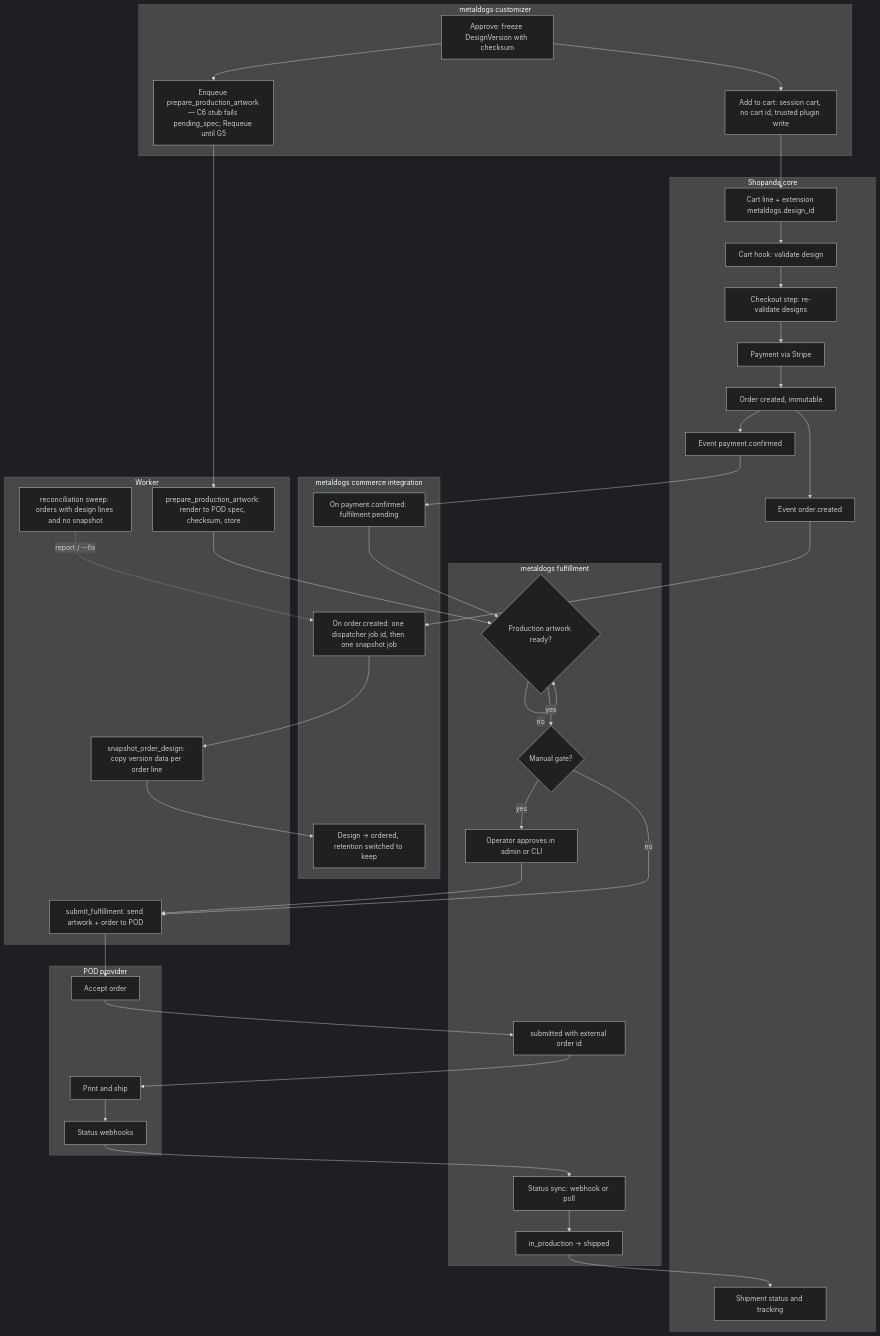
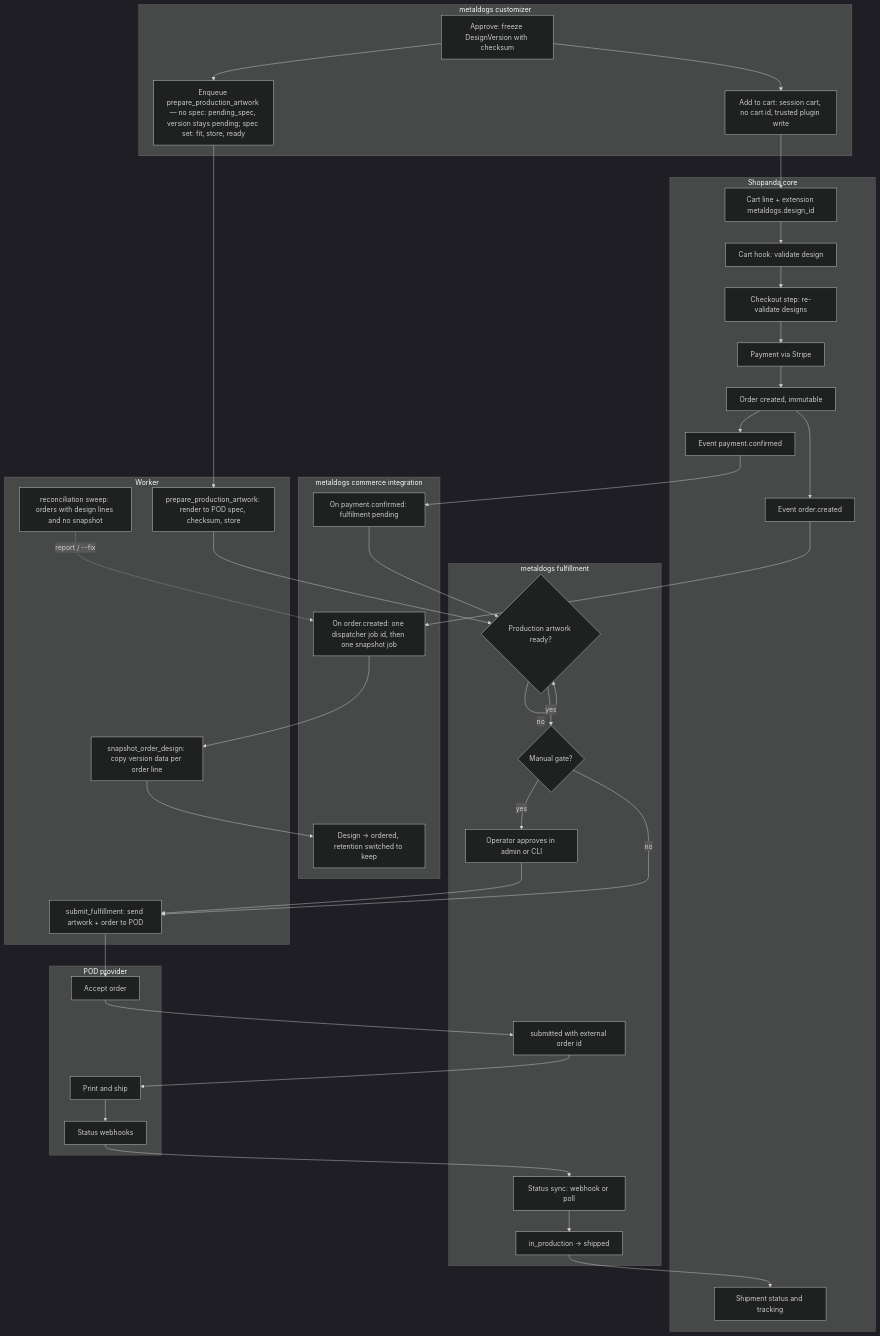
The first of 2 diagrams in docs/architecture/flows/checkout-snapshot-and-fulfillment.md (akarso/metal_dogs), drawn with Mermaid (dark theme) before and after one commit. The commit also changed other lines of this file and 16 other files, not shown here.

````diff
--- a/docs/architecture/flows/checkout-snapshot-and-fulfillment.md
+++ b/docs/architecture/flows/checkout-snapshot-and-fulfillment.md
@@ -9,58 +9,58 @@
 ```mermaid
 flowchart TB
     subgraph customizer[metaldogs customizer]
         a1[Approve: freeze DesignVersion with checksum]
-        a2[Enqueue prepare_production_artwork — C6 stub fails pending_spec; Requeue until G5]
+        a2[Enqueue prepare_production_artwork — no spec: pending_spec, version stays pending; spec set: fit, store, ready]
         a3[Add to cart: session cart, no cart id, trusted plugin write]
     end
 
     subgraph worker[Worker]
         w1[prepare_production_artwork: render to POD spec, checksum, store]
         w2[snapshot_order_design: copy version data per order line]
         w3[submit_fulfillment: send artwork + order to POD]
         w4[reconciliation sweep: orders with design lines and no snapshot]
     end
 
     subgraph shopanda[Shopanda core]
         s1[Cart line + extension metaldogs.design_id]
         s2[Cart hook: validate design]
         s3[Checkout step: re-validate designs]
         s4[Payment via Stripe]
         s5[Order created, immutable]
         s6[Event order.created]
         s7[Event payment.confirmed]
         s8[Shipment status and tracking]
     end
 
     subgraph commerce[metaldogs commerce integration]
         e1[On order.created: one dispatcher job id, then one snapshot job]
         e2[Design → ordered, retention switched to keep]
         e3[On payment.confirmed: fulfilment pending]
     end
 
     subgraph fulfillment[metaldogs fulfillment]
         f1{Production artwork ready?}
         f2{Manual gate?}
         f3[Operator approves in admin or CLI]
         f4[submitted with external order id]
         f5[Status sync: webhook or poll]
         f6[in_production → shipped]
     end
 
     subgraph pod[POD provider]
         p1[Accept order]
         p2[Print and ship]
         p3[Status webhooks]
     end
 
     a1 --> a2 --> w1
     a1 --> a3 --> s1 --> s2 --> s3 --> s4 --> s5 --> s6 --> e1 --> w2 --> e2
     s5 --> s7 --> e3 --> f1
     w1 --> f1
     f1 -- no --> f1
     f1 -- yes --> f2
     f2 -- yes --> f3 --> w3
     f2 -- no --> w3
     w3 --> p1 --> f4 --> p2 --> p3 --> f5 --> f6 --> s8
     w4 -. report / --fix .-> e1
 ```
````
